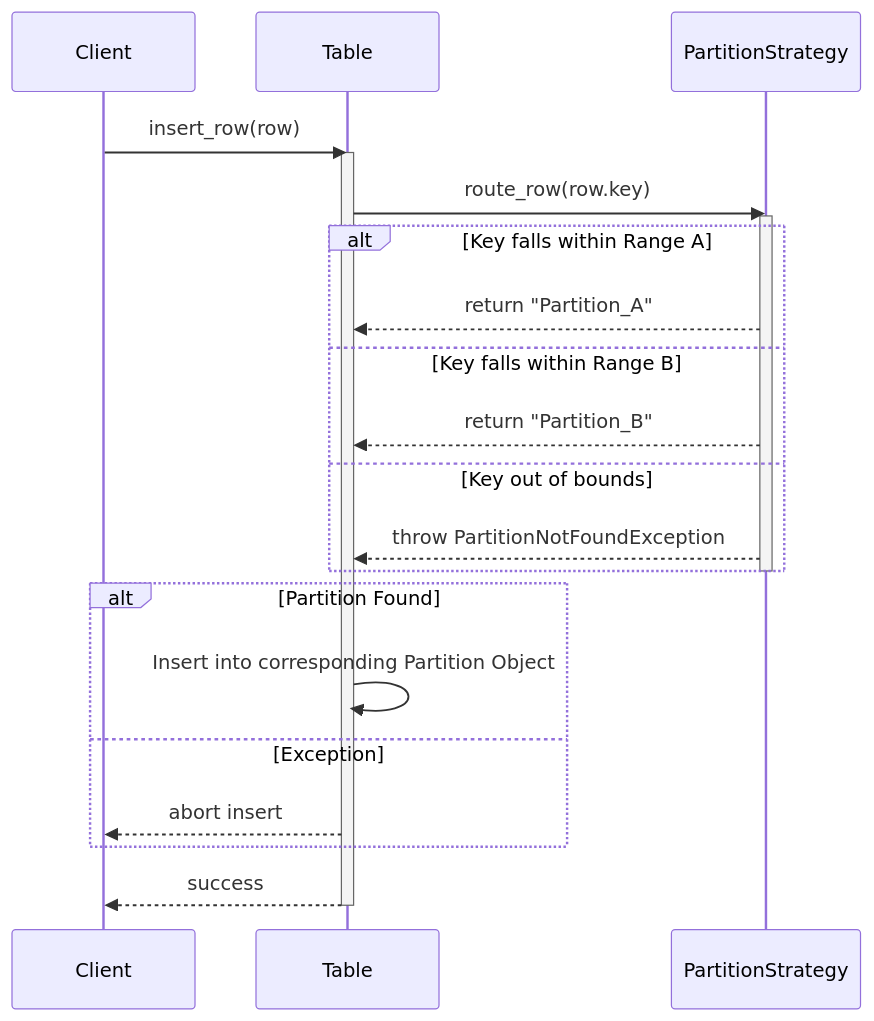
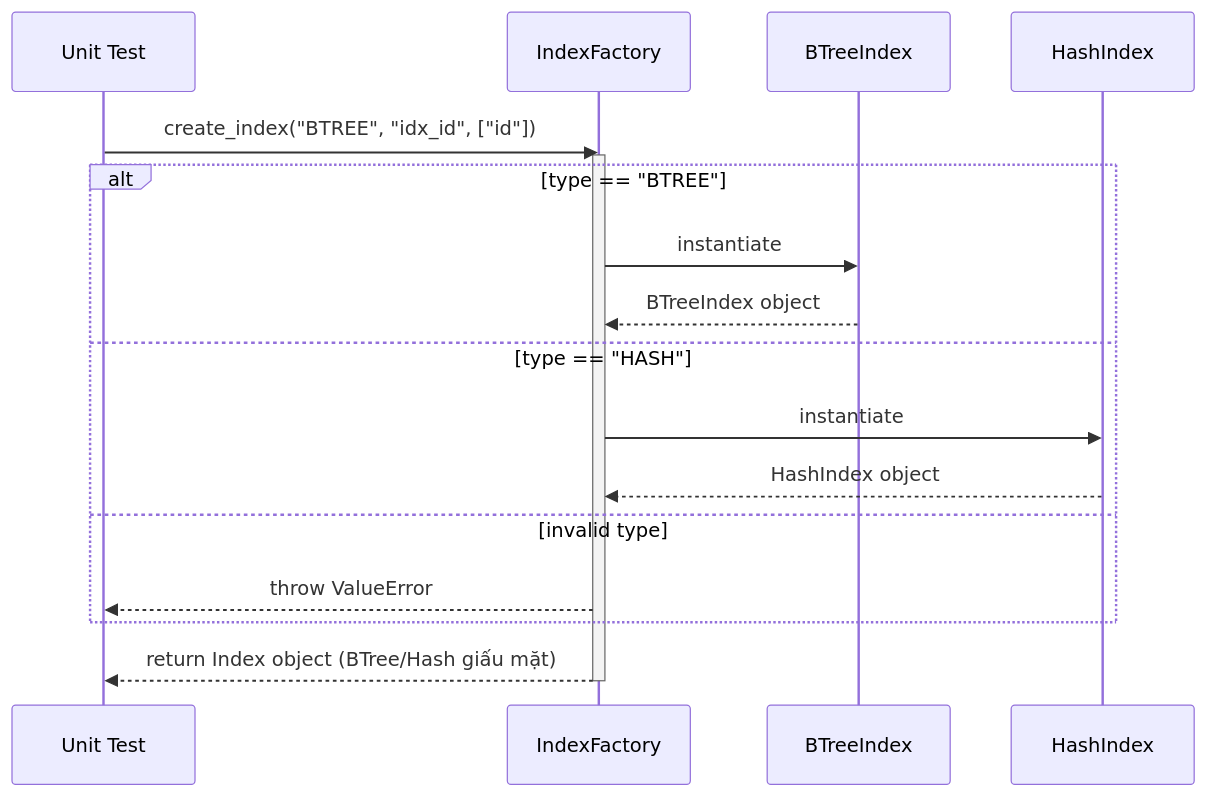
One commit to Ricky13170/bbv_DBMS changed the tenth of 14 diagrams in docs/readme.md. Above: the diagram before and after it, drawn with Mermaid. The commit also changed other lines of this file and 10 other files, not shown here.

````diff
--- a/docs/readme.md
+++ b/docs/readme.md
@@ -256,29 +262,21 @@
 ```mermaid
 sequenceDiagram
-    participant Client
-    participant T as Table
-    participant PS as PartitionStrategy
+    participant Client as Unit Test
+    participant Factory as IndexFactory
+    participant BTree as BTreeIndex
+    participant Hash as HashIndex
     
-    Client->>T: insert_row(row)
-    activate T
-    T->>PS: route_row(row.key)
-    activate PS
-    
-    alt Key falls within Range A
-        PS-->>T: return "Partition_A"
-    else Key falls within Range B
-        PS-->>T: return "Partition_B"
-    else Key out of bounds
-        PS-->>T: throw PartitionNotFoundException
+    Client->>Factory: create_index("BTREE", "idx_id", ["id"])
+    activate Factory
+    alt type == "BTREE"
+        Factory->>BTree: instantiate
+        BTree-->>Factory: BTreeIndex object
+    else type == "HASH"
+        Factory->>Hash: instantiate
+        Hash-->>Factory: HashIndex object
+    else invalid type
+        Factory-->>Client: throw ValueError
     end
-    deactivate PS
-    
-    alt Partition Found
-        T->>T: Insert into corresponding Partition Object
-    else Exception
-        T-->>Client: abort insert
-    end
-    
-    T-->>Client: success
-    deactivate T
+    Factory-->>Client: return Index object (BTree/Hash giấu mặt)
+    deactivate Factory
 ```
````
